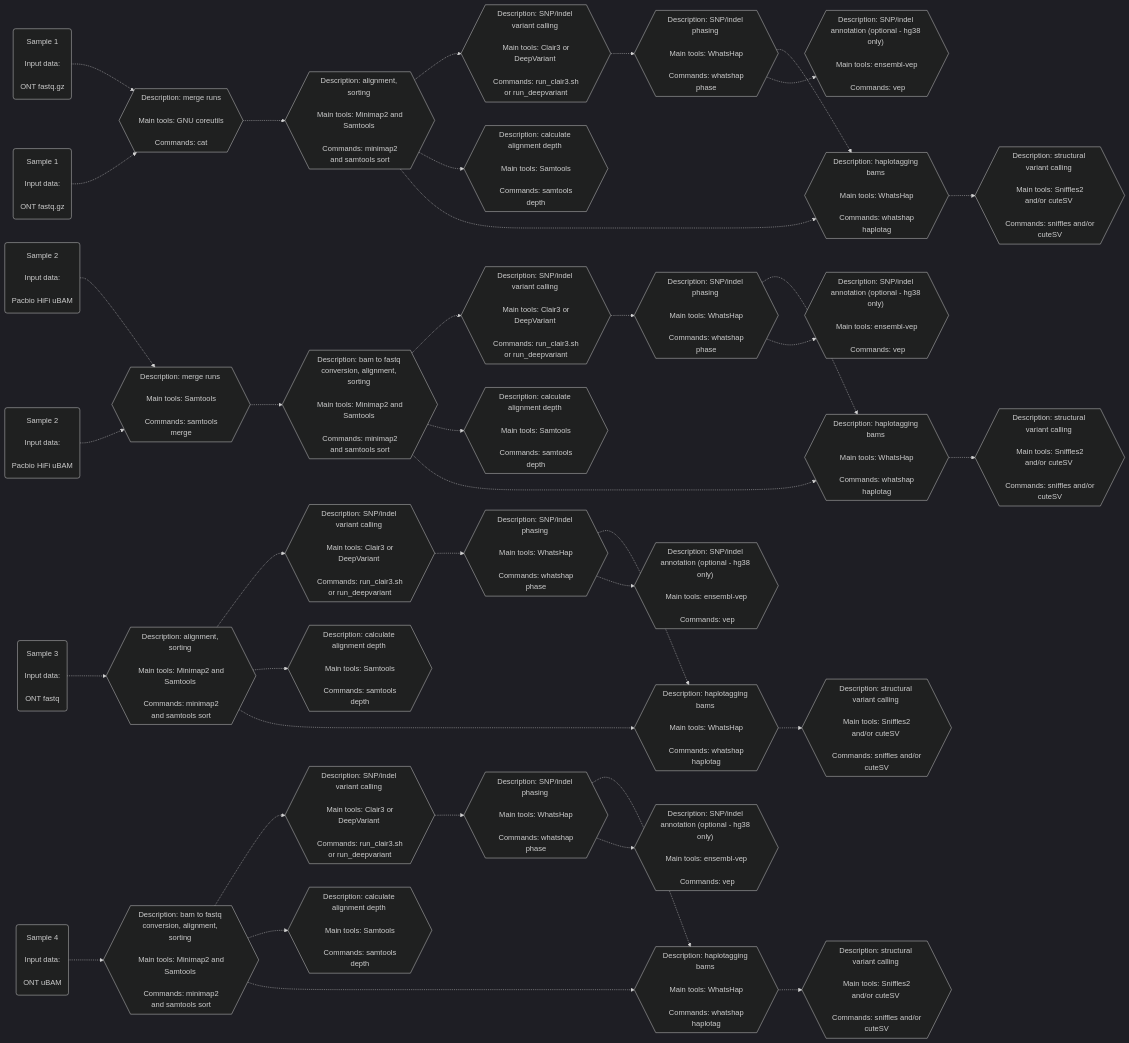
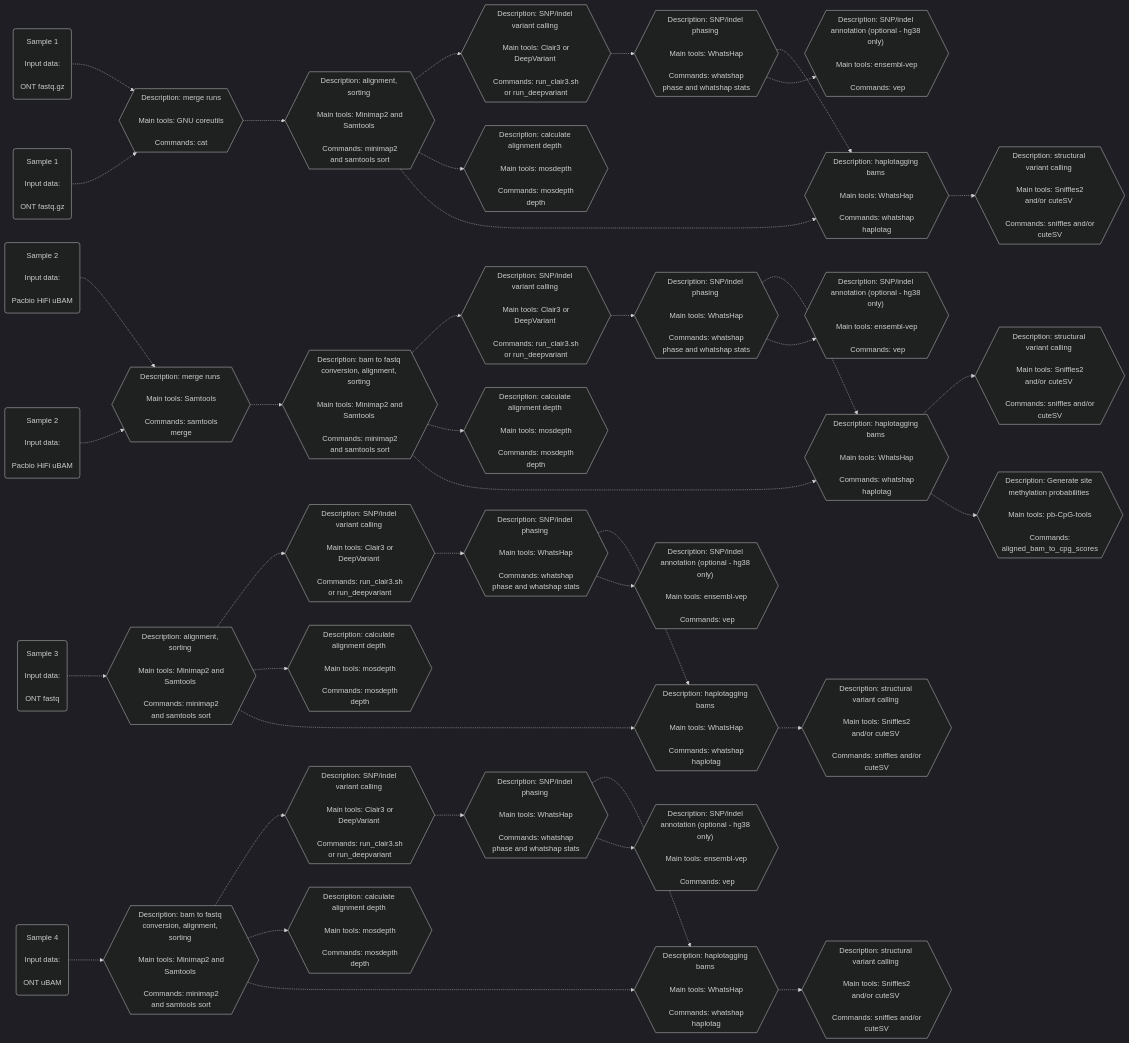
Before and after one commit to leahkemp/pipeface: the second of 2 diagrams in README.md, drawn with Mermaid. The commit also changed other lines of this file and 5 other files, not shown here.

````diff
--- a/README.md
+++ b/README.md
@@ -39,73 +42,76 @@
 ```mermaid
 %%{init: {'theme':'dark'}}%%
 flowchart LR
 
 ont_data_f1("Sample 1 <br><br> Input data: <br><br> ONT fastq.gz")
 ont_data_f2("Sample 1 <br><br> Input data: <br><br> ONT fastq.gz")
 pacbio_data_f3("Sample 2 <br><br> Input data: <br><br> Pacbio HiFi uBAM")
 pacbio_data_f4("Sample 2 <br><br> Input data: <br><br> Pacbio HiFi uBAM")
 ont_data_f5("Sample 3 <br><br> Input data: <br><br> ONT fastq")
 ont_data_f6("Sample 4 <br><br> Input data: <br><br> ONT uBAM")
 
 merging_m1{{"Description: merge runs <br><br> Main tools: GNU coreutils <br><br> Commands: cat"}}
 merging_m2{{"Description: merge runs <br><br> Main tools: Samtools <br><br> Commands: samtools merge"}}
 
 alignment_s1{{"Description: alignment, sorting <br><br> Main tools: Minimap2 and Samtools <br><br> Commands: minimap2 and samtools sort"}}
-alignment_s2{{"Description: alignment, sorting <br><br> Main tools: Minimap2 and Samtools <br><br> Commands: minimap2 and samtools sort"}}
-alignment_s3{{"Description: bam to fastq conversion, alignment, sorting <br><br> Main tools: Minimap2 and Samtools <br><br> Commands: minimap2 and samtools sort"}}
+alignment_s2{{"Description: bam to fastq conversion, alignment, sorting <br><br> Main tools: Minimap2 and Samtools <br><br> Commands: minimap2 and samtools sort"}}
+alignment_s3{{"Description: alignment, sorting <br><br> Main tools: Minimap2 and Samtools <br><br> Commands: minimap2 and samtools sort"}}
 alignment_s4{{"Description: bam to fastq conversion, alignment, sorting <br><br> Main tools: Minimap2 and Samtools <br><br> Commands: minimap2 and samtools sort"}}
 
-depth_s1{{"Description: calculate alignment depth <br><br> Main tools: Samtools <br><br> Commands: samtools depth"}}
-depth_s2{{"Description: calculate alignment depth <br><br> Main tools: Samtools <br><br> Commands: samtools depth"}}
-depth_s3{{"Description: calculate alignment depth <br><br> Main tools: Samtools <br><br> Commands: samtools depth"}}
-depth_s4{{"Description: calculate alignment depth <br><br> Main tools: Samtools <br><br> Commands: samtools depth"}}
+depth_s1{{"Description: calculate alignment depth <br><br> Main tools: mosdepth <br><br> Commands: mosdepth depth"}}
+depth_s2{{"Description: calculate alignment depth <br><br> Main tools: mosdepth <br><br> Commands: mosdepth depth"}}
+depth_s3{{"Description: calculate alignment depth <br><br> Main tools: mosdepth <br><br> Commands: mosdepth depth"}}
+depth_s4{{"Description: calculate alignment depth <br><br> Main tools: mosdepth <br><br> Commands: mosdepth depth"}}
 
 snp_indel_calling_s1{{"Description: SNP/indel variant calling <br><br> Main tools: Clair3 or DeepVariant <br><br> Commands: run_clair3.sh or run_deepvariant"}}
 snp_indel_calling_s2{{"Description: SNP/indel variant calling <br><br> Main tools: Clair3 or DeepVariant <br><br> Commands: run_clair3.sh or run_deepvariant"}}
 snp_indel_calling_s3{{"Description: SNP/indel variant calling <br><br> Main tools: Clair3 or DeepVariant <br><br> Commands: run_clair3.sh or run_deepvariant"}}
 snp_indel_calling_s4{{"Description: SNP/indel variant calling <br><br> Main tools: Clair3 or DeepVariant <br><br> Commands: run_clair3.sh or run_deepvariant"}}
 
-snp_indel_phasing_s1{{"Description: SNP/indel phasing <br><br> Main tools: WhatsHap <br><br> Commands: whatshap phase"}}
-snp_indel_phasing_s2{{"Description: SNP/indel phasing <br><br> Main tools: WhatsHap <br><br> Commands: whatshap phase"}}
-snp_indel_phasing_s3{{"Description: SNP/indel phasing <br><br> Main tools: WhatsHap <br><br> Commands: whatshap phase"}}
-snp_indel_phasing_s4{{"Description: SNP/indel phasing <br><br> Main tools: WhatsHap <br><br> Commands: whatshap phase"}}
+snp_indel_phasing_s1{{"Description: SNP/indel phasing <br><br> Main tools: WhatsHap <br><br> Commands: whatshap phase and whatshap stats"}}
+snp_indel_phasing_s2{{"Description: SNP/indel phasing <br><br> Main tools: WhatsHap <br><br> Commands: whatshap phase and whatshap stats"}}
+snp_indel_phasing_s3{{"Description: SNP/indel phasing <br><br> Main tools: WhatsHap <br><br> Commands: whatshap phase and whatshap stats"}}
+snp_indel_phasing_s4{{"Description: SNP/indel phasing <br><br> Main tools: WhatsHap <br><br> Commands: whatshap phase and whatshap stats"}}
 
 snp_indel_annotation_s1{{"Description: SNP/indel annotation (optional - hg38 only)" <br><br> Main tools: ensembl-vep <br><br> Commands: vep}}
 snp_indel_annotation_s2{{"Description: SNP/indel annotation (optional - hg38 only)" <br><br> Main tools: ensembl-vep <br><br> Commands: vep}}
 snp_indel_annotation_s3{{"Description: SNP/indel annotation (optional - hg38 only)" <br><br> Main tools: ensembl-vep <br><br> Commands: vep}}
 snp_indel_annotation_s4{{"Description: SNP/indel annotation (optional - hg38 only)" <br><br> Main tools: ensembl-vep <br><br> Commands: vep}}
 
 haplotagging_s1{{"Description: haplotagging bams <br><br> Main tools: WhatsHap <br><br> Commands: whatshap haplotag"}}
 haplotagging_s2{{"Description: haplotagging bams <br><br> Main tools: WhatsHap <br><br> Commands: whatshap haplotag"}}
 haplotagging_s3{{"Description: haplotagging bams <br><br> Main tools: WhatsHap <br><br> Commands: whatshap haplotag"}}
 haplotagging_s4{{"Description: haplotagging bams <br><br> Main tools: WhatsHap <br><br> Commands: whatshap haplotag"}}
 
+generate_meth_probs_s2{{"Description: Generate site methylation probabilities <br><br> Main tools: pb-CpG-tools <br><br> Commands: aligned_bam_to_cpg_scores"}}
+
 sv_calling_s1{{"Description: structural variant calling <br><br> Main tools: Sniffles2 and/or cuteSV <br><br> Commands: sniffles and/or cuteSV"}}
 sv_calling_s2{{"Description: structural variant calling <br><br> Main tools: Sniffles2 and/or cuteSV <br><br> Commands: sniffles and/or cuteSV"}}
 sv_calling_s3{{"Description: structural variant calling <br><br> Main tools: Sniffles2 and/or cuteSV <br><br> Commands: sniffles and/or cuteSV"}}
 sv_calling_s4{{"Description: structural variant calling <br><br> Main tools: Sniffles2 and/or cuteSV <br><br> Commands: sniffles and/or cuteSV"}}
 
 ont_data_f1-.->merging_m1-.->alignment_s1-.->snp_indel_calling_s1-.->snp_indel_phasing_s1-.->haplotagging_s1-.->sv_calling_s1
 ont_data_f2-.->merging_m1
-ont_data_f5-.->alignment_s2-.->snp_indel_calling_s2-.->snp_indel_phasing_s2-.->haplotagging_s2-.->sv_calling_s2
-ont_data_f6-.->alignment_s3-.->snp_indel_calling_s3-.->snp_indel_phasing_s3-.->haplotagging_s3-.->sv_calling_s3
-
-pacbio_data_f3-.->merging_m2-.->alignment_s4-.->snp_indel_calling_s4-.->snp_indel_phasing_s4-.->haplotagging_s4-.->sv_calling_s4
+pacbio_data_f3-.->merging_m2-.->alignment_s2-.->snp_indel_calling_s2-.->snp_indel_phasing_s2-.->haplotagging_s2-.->sv_calling_s2
 pacbio_data_f4-.->merging_m2
+ont_data_f5-.->alignment_s3-.->snp_indel_calling_s3-.->snp_indel_phasing_s3-.->haplotagging_s3-.->sv_calling_s3
+ont_data_f6-.->alignment_s4-.->snp_indel_calling_s4-.->snp_indel_phasing_s4-.->haplotagging_s4-.->sv_calling_s4
 
 alignment_s1-.->depth_s1
 alignment_s2-.->depth_s2
 alignment_s3-.->depth_s3
 alignment_s4-.->depth_s4
 
 alignment_s1-.->haplotagging_s1
 alignment_s2-.->haplotagging_s2
 alignment_s3-.->haplotagging_s3
 alignment_s4-.->haplotagging_s4
 
+haplotagging_s2-.->generate_meth_probs_s2
+
 snp_indel_phasing_s1-.->snp_indel_annotation_s1
 snp_indel_phasing_s2-.->snp_indel_annotation_s2
 snp_indel_phasing_s3-.->snp_indel_annotation_s3
 snp_indel_phasing_s4-.->snp_indel_annotation_s4
 
 ```
````
